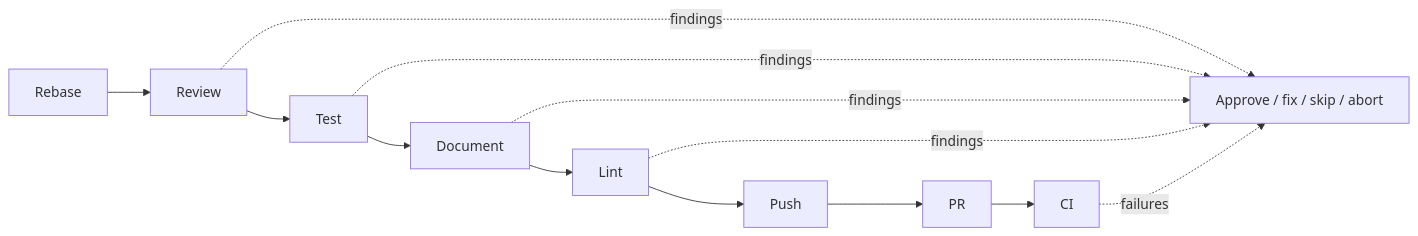
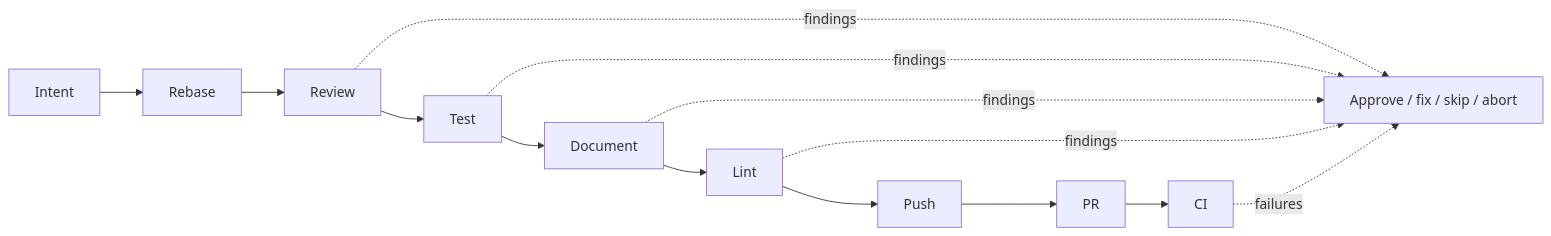
One commit to kunchenguid/no-mistakes changed the diagram in docs/src/content/docs/concepts/pipeline.md. Above: the diagram before and after it, drawn with Mermaid. The commit also changed other lines of this file and 7 other files, not shown here.

Commit message:
no-mistakes(document): Document intent pipeline step

````diff
--- a/docs/src/content/docs/concepts/pipeline.md
+++ b/docs/src/content/docs/concepts/pipeline.md
@@ -12,9 +12,9 @@
 ```mermaid
 flowchart LR
-  rebase["Rebase"] --> review["Review"] --> test["Test"] --> document["Document"] --> lint["Lint"] --> push["Push"] --> pr["PR"] --> ci["CI"]
+  intent["Intent"] --> rebase["Rebase"] --> review["Review"] --> test["Test"] --> document["Document"] --> lint["Lint"] --> push["Push"] --> pr["PR"] --> ci["CI"]
   review -. findings .-> action["Approve / fix / skip / abort"]
   test -. findings .-> action
   document -. findings .-> action
   lint -. findings .-> action
   ci -. failures .-> action
 ```
````
